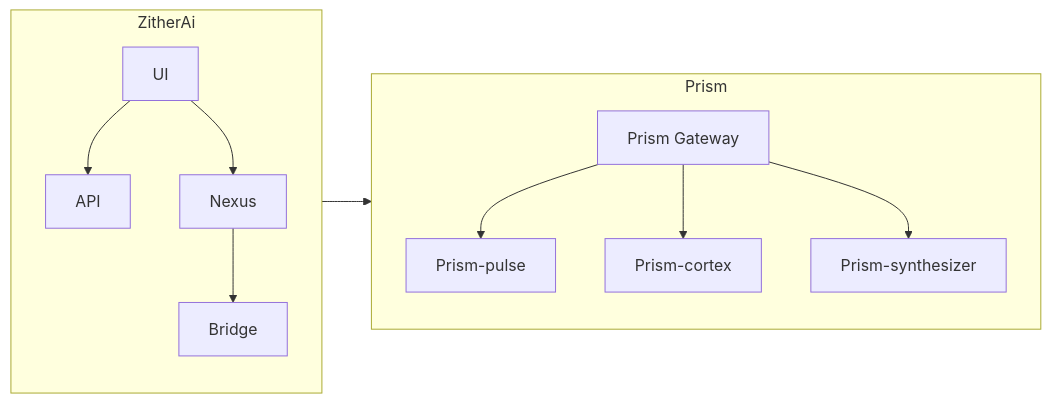
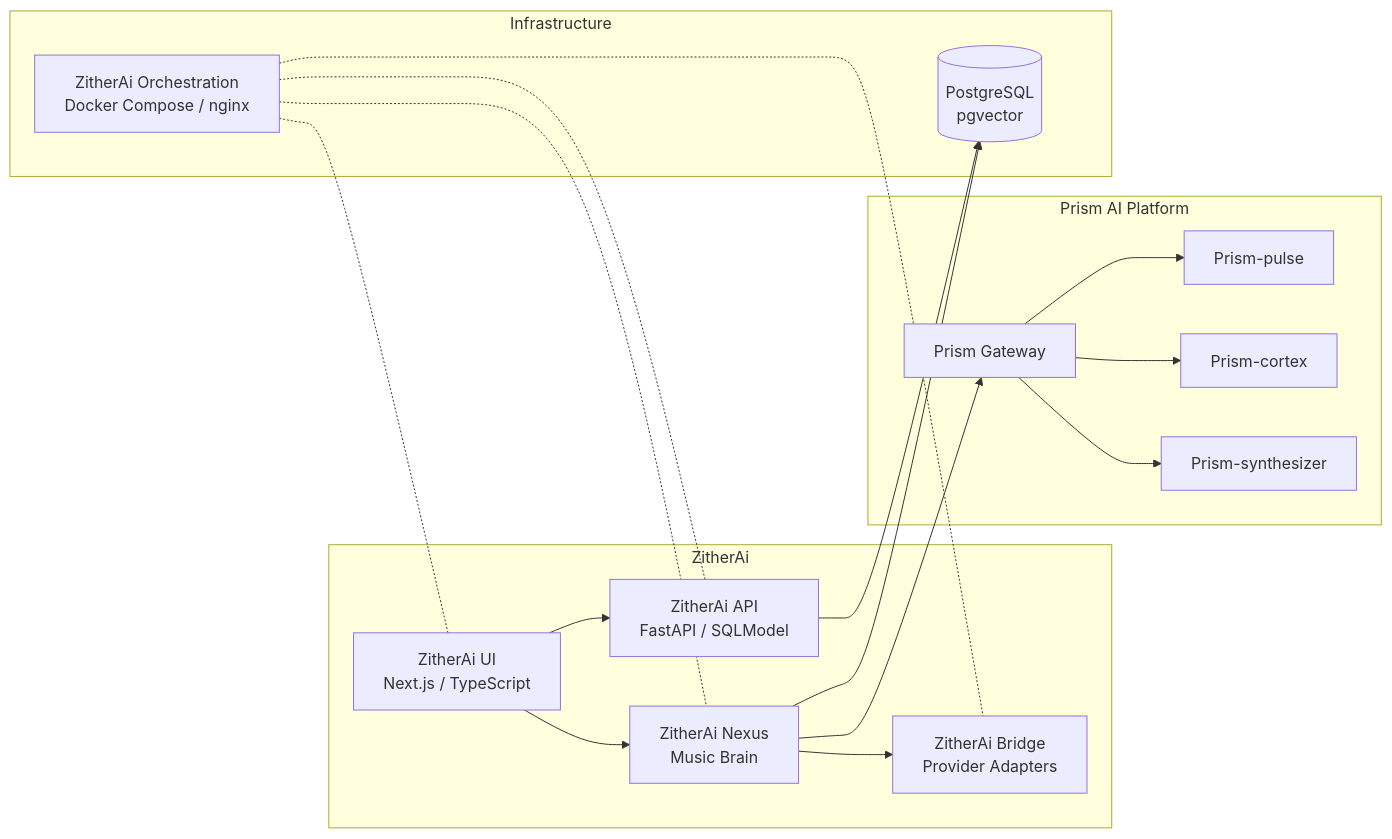
The third of 3 diagrams in README.md (vsinghal3737/vsinghal3737), drawn with Mermaid before and after one commit.

Commit message:
Refine ZitherAi profile diagram

````diff
--- a/README.md
+++ b/README.md
@@ -85,28 +85,35 @@
 ```mermaid
 flowchart LR
-    subgraph ZitherAi["ZitherAi"]
-        direction TB
-        ZUI["UI"]
-        ZAPI["API"]
-        ZNexus["Nexus"]
-        ZBridge["Bridge"]
-
-        ZUI --> ZAPI
-        ZUI --> ZNexus
-        ZNexus --> ZBridge
+    subgraph ZitherAi
+        ZUI["ZitherAi UI<br/>Next.js / TypeScript"]
+        ZAPI["ZitherAi API<br/>FastAPI / SQLModel"]
+        ZNexus["ZitherAi Nexus<br/>Music Brain"]
+        ZBridge["ZitherAi Bridge<br/>Provider Adapters"]
     end
 
-    subgraph Prism["Prism"]
-        direction TB
+    subgraph Prism["Prism AI Platform"]
         Gateway["Prism Gateway"]
         Pulse["Prism-pulse"]
         Cortex["Prism-cortex"]
         Synthesizer["Prism-synthesizer"]
-
-        Gateway --> Pulse
-        Gateway --> Cortex
-        Gateway --> Synthesizer
     end
 
+    subgraph Infra["Infrastructure"]
+        ZOrch["ZitherAi Orchestration<br/>Docker Compose / nginx"]
+        PG[("PostgreSQL<br/>pgvector")]
+    end
+
+    ZUI --> ZAPI
+    ZUI --> ZNexus
+    ZAPI --> PG
+    ZNexus --> PG
+    ZNexus --> ZBridge
     ZNexus --> Gateway
+    Gateway --> Pulse
+    Gateway --> Cortex
+    Gateway --> Synthesizer
+    ZOrch -.- ZUI
+    ZOrch -.- ZAPI
+    ZOrch -.- ZNexus
+    ZOrch -.- ZBridge
 ```
````
